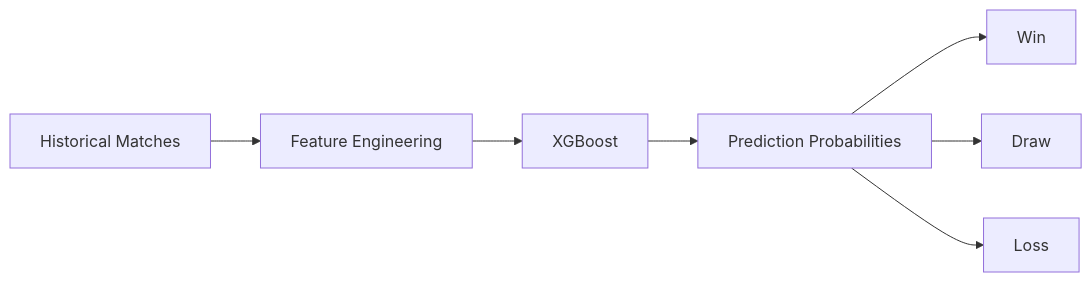
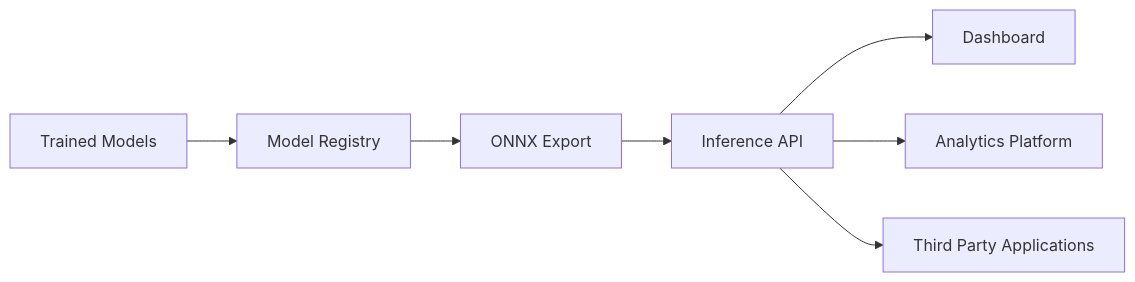
The fifth of 9 diagrams in README.md (sai-ganesh-4539/StatVault), drawn with Mermaid before and after one commit. The commit also changed other lines of this file, not shown here.

````diff
--- a/README.md
+++ b/README.md
@@ -215,17 +107,17 @@
 ```mermaid
 flowchart LR
 
-A[Historical Matches]
+A[Trained Models]
 
-A --> B[Feature Engineering]
+A --> B[Model Registry]
 
-B --> C[XGBoost]
+B --> C[ONNX Export]
 
-C --> D[Prediction Probabilities]
+C --> D[Inference API]
 
-D --> E[Win]
+D --> E[Dashboard]
 
-D --> F[Draw]
+D --> F[Analytics Platform]
 
-D --> G[Loss]
+D --> G[Third Party Applications]
 ```
````
